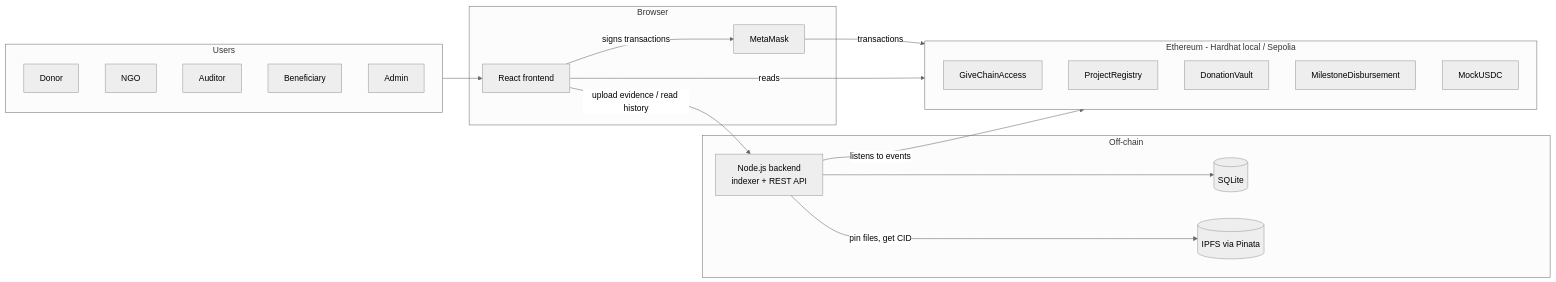
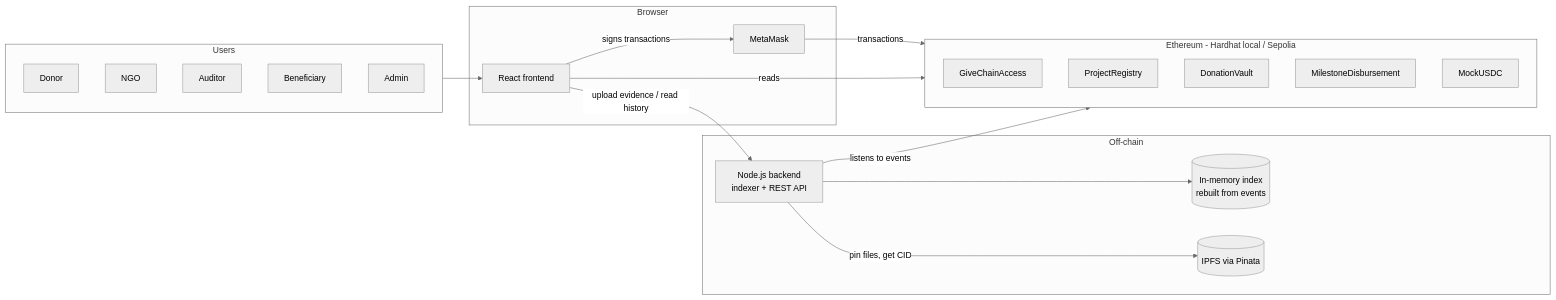
The first of 6 diagrams in docs/ARCHITECTURE.md (maryam957/GiveChain), drawn with Mermaid (neutral theme) before and after one commit. The commit also changed other lines of this file and 20 other files, not shown here.

````diff
--- a/docs/ARCHITECTURE.md
+++ b/docs/ARCHITECTURE.md
@@ -9,38 +9,38 @@
 ```mermaid
 flowchart LR
     subgraph Users
         D[Donor]
         N[NGO]
         A[Auditor]
         B[Beneficiary]
         AD[Admin]
     end
 
     subgraph Browser
         FE[React frontend]
         MM[MetaMask]
     end
 
     subgraph OffChain[Off-chain]
         BE[Node.js backend<br/>indexer + REST API]
-        DB[(SQLite)]
+        DB[(In-memory index<br/>rebuilt from events)]
         IPFS[(IPFS via Pinata)]
     end
 
     subgraph OnChain[Ethereum - Hardhat local / Sepolia]
         ACC[GiveChainAccess]
         REG[ProjectRegistry]
         VAULT[DonationVault]
         MS[MilestoneDisbursement]
         TOK[MockUSDC]
     end
 
     Users --> FE
     FE -- signs transactions --> MM
     MM -- transactions --> OnChain
     FE -- reads --> OnChain
     FE -- upload evidence / read history --> BE
     BE -- pin files, get CID --> IPFS
     BE -- listens to events --> OnChain
     BE --> DB
 ```
````
